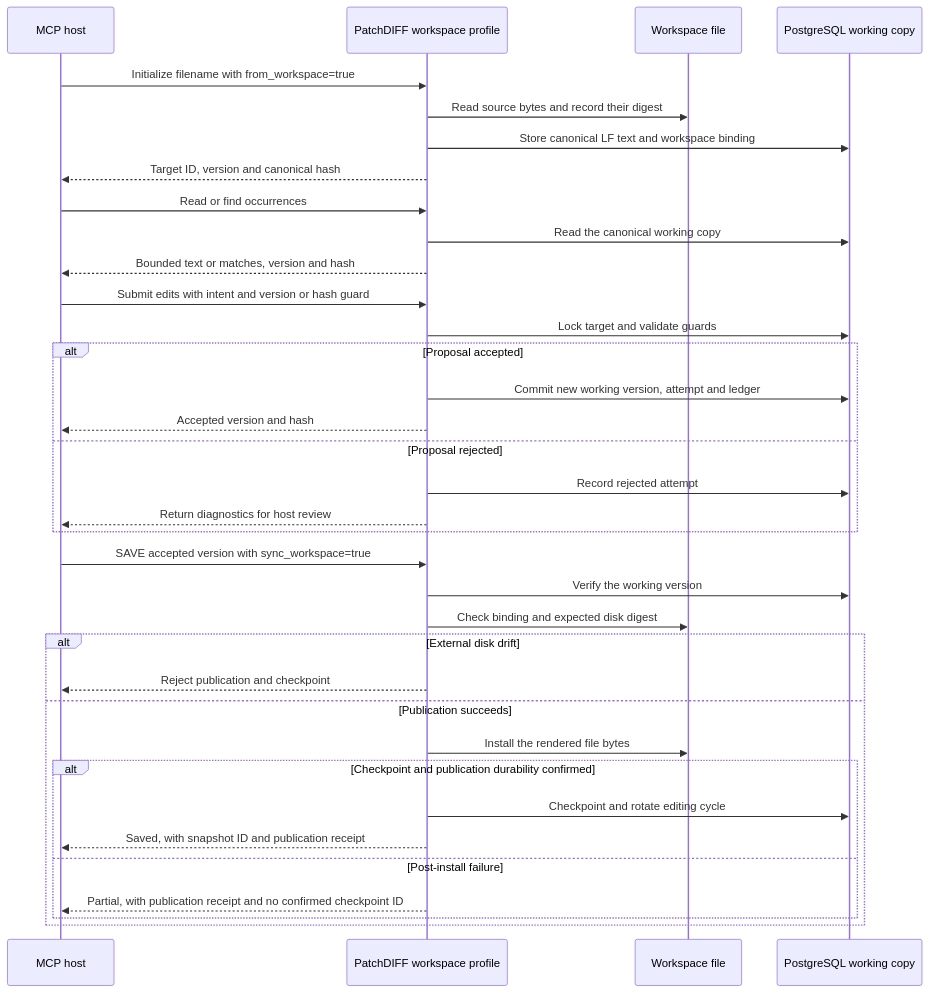
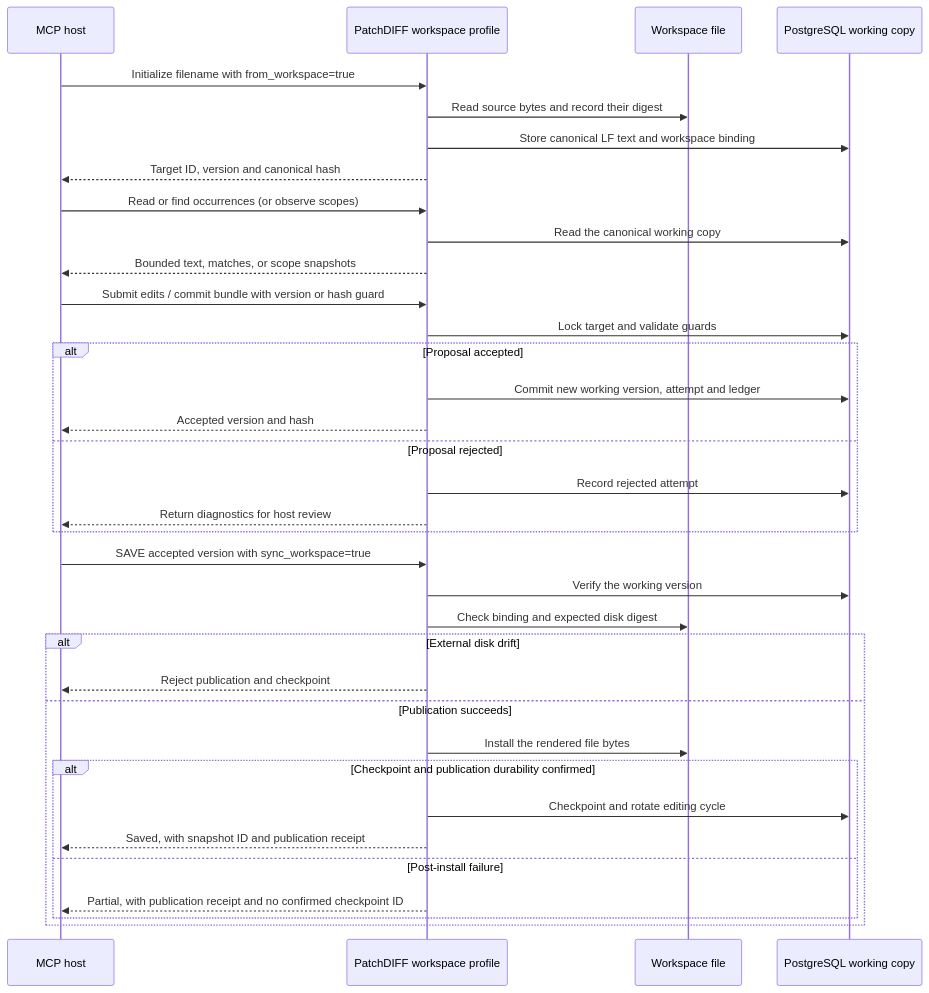
Before and after one commit to paragon-ux/Patch-DIFF: the first of 3 diagrams in docs/architecture.md, drawn with Mermaid. The commit also changed other lines of this file and 32 other files, not shown here.

````diff
--- a/docs/architecture.md
+++ b/docs/architecture.md
@@ -15,39 +17,39 @@
 ```mermaid
 sequenceDiagram
     participant H as MCP host
     participant S as PatchDIFF workspace profile
     participant F as Workspace file
     participant D as PostgreSQL working copy
 
     H->>S: Initialize filename with from_workspace=true
     S->>F: Read source bytes and record their digest
     S->>D: Store canonical LF text and workspace binding
     S-->>H: Target ID, version and canonical hash
-    H->>S: Read or find occurrences
+    H->>S: Read or find occurrences (or observe scopes)
     S->>D: Read the canonical working copy
-    S-->>H: Bounded text or matches, version and hash
-    H->>S: Submit edits with intent and version or hash guard
+    S-->>H: Bounded text, matches, or scope snapshots
+    H->>S: Submit edits / commit bundle with version or hash guard
     S->>D: Lock target and validate guards
     alt Proposal accepted
         S->>D: Commit new working version, attempt and ledger
         S-->>H: Accepted version and hash
     else Proposal rejected
         S->>D: Record rejected attempt
         S-->>H: Return diagnostics for host review
     end
 
     H->>S: SAVE accepted version with sync_workspace=true
     S->>D: Verify the working version
     S->>F: Check binding and expected disk digest
     alt External disk drift
         S-->>H: Reject publication and checkpoint
     else Publication succeeds
         S->>F: Install the rendered file bytes
         alt Checkpoint and publication durability confirmed
             S->>D: Checkpoint and rotate editing cycle
             S-->>H: Saved, with snapshot ID and publication receipt
         else Post-install failure
             S-->>H: Partial, with publication receipt and no confirmed checkpoint ID
         end
     end
 ```
````
